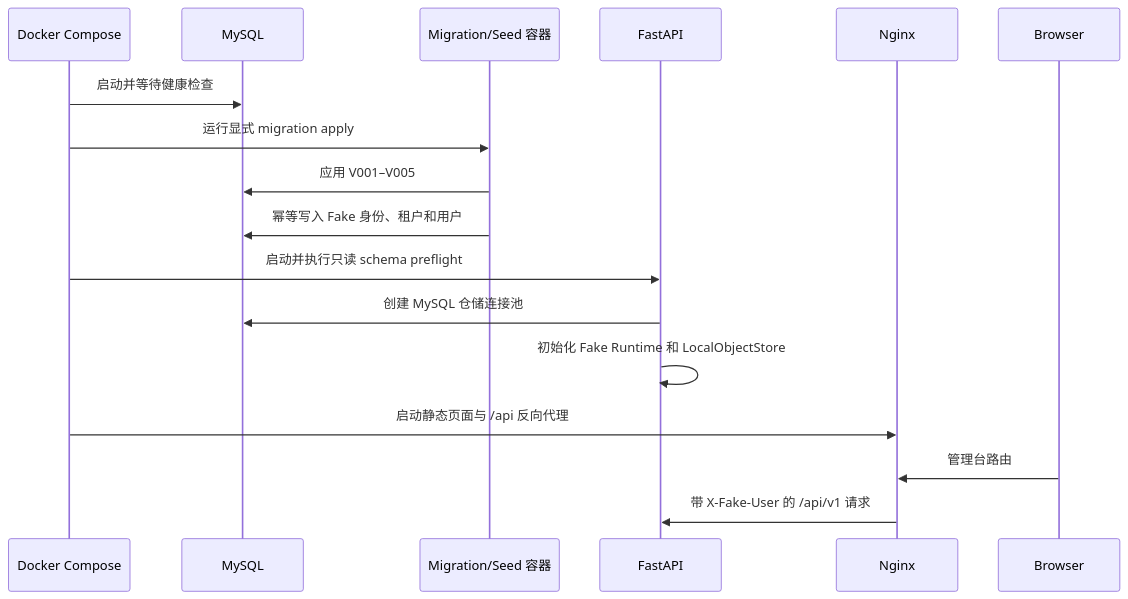
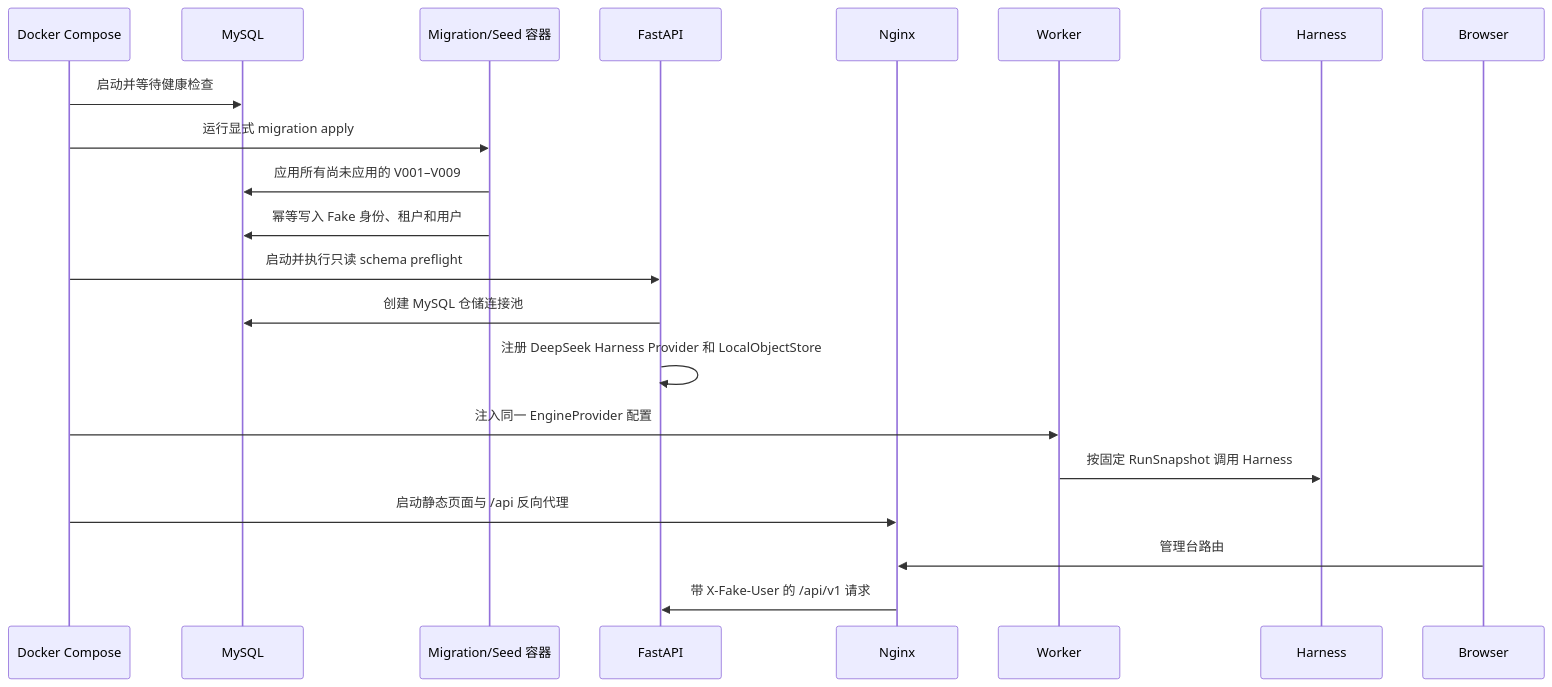
Before and after one commit to liulisheng/agentDemo: the second of 2 diagrams in docs/Docker本地验证指南.md, drawn with Mermaid. The commit also changed other lines of this file and 153 other files, not shown here.

````diff
--- a/docs/Docker本地验证指南.md
+++ b/docs/Docker本地验证指南.md
@@ -18,18 +21,20 @@
 ```mermaid
 sequenceDiagram
     participant Compose as Docker Compose
     participant DB as MySQL
     participant Bootstrap as Migration/Seed 容器
     participant API as FastAPI
     participant Web as Nginx
     Compose->>DB: 启动并等待健康检查
     Compose->>Bootstrap: 运行显式 migration apply
-    Bootstrap->>DB: 应用 V001–V005
+    Bootstrap->>DB: 应用所有尚未应用的 V001–V009
     Bootstrap->>DB: 幂等写入 Fake 身份、租户和用户
     Compose->>API: 启动并执行只读 schema preflight
     API->>DB: 创建 MySQL 仓储连接池
-    API->>API: 初始化 Fake Runtime 和 LocalObjectStore
+    API->>API: 注册 DeepSeek Harness Provider 和 LocalObjectStore
+    Compose->>Worker: 注入同一 EngineProvider 配置
+    Worker->>Harness: 按固定 RunSnapshot 调用 Harness
     Compose->>Web: 启动静态页面与 /api 反向代理
     Browser->>Web: 管理台路由
     Web->>API: 带 X-Fake-User 的 /api/v1 请求
 ```
````
